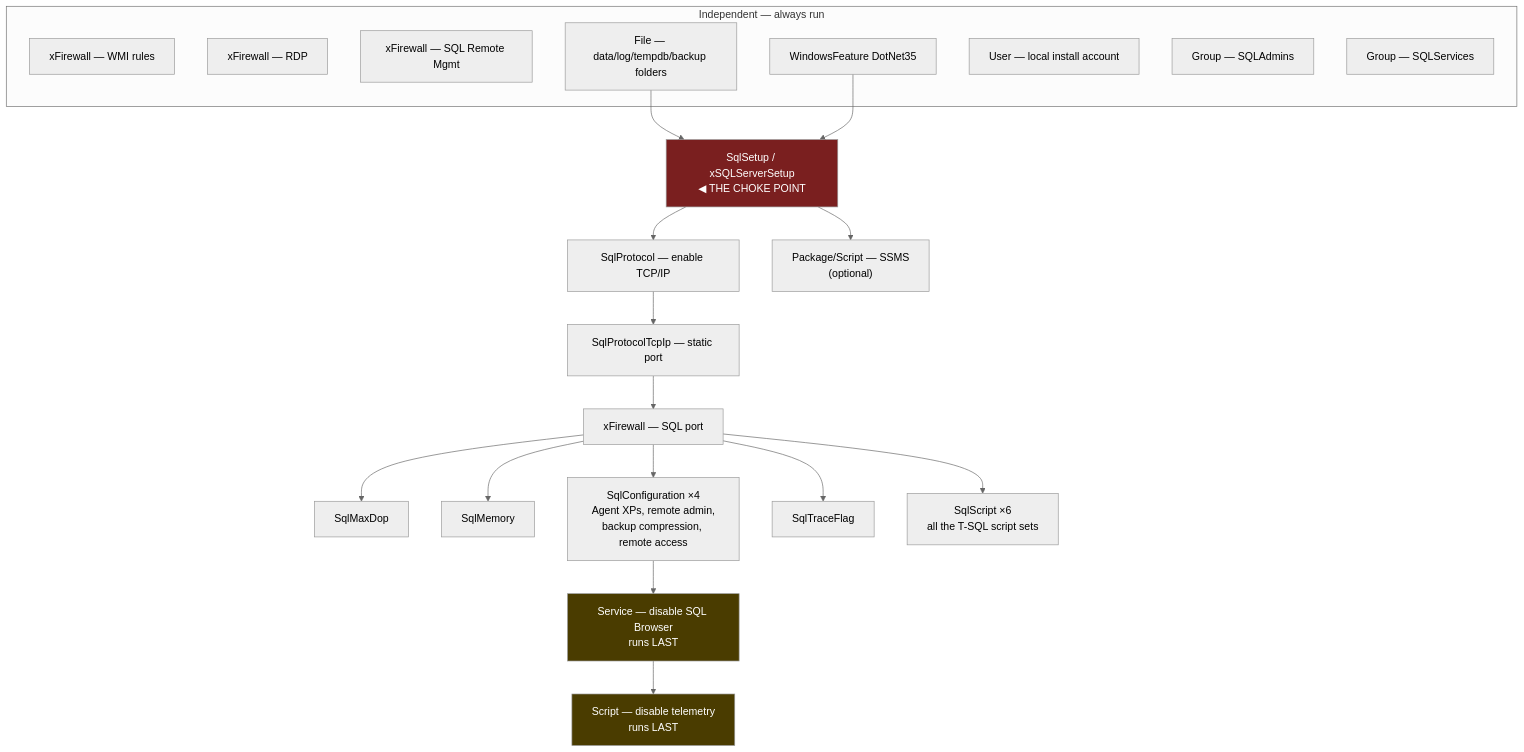
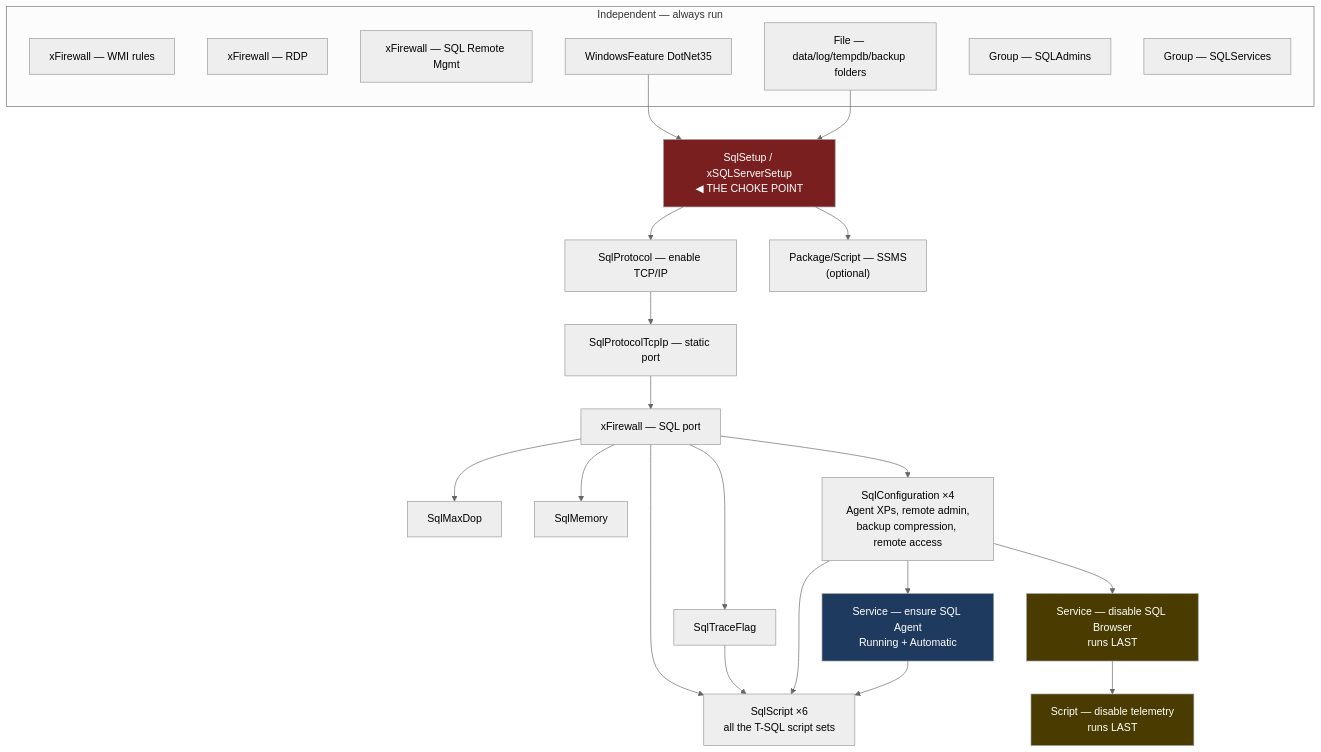
The fourth of 7 diagrams in SQLInstall/docs/INSTALLATION_FLOW.md (teramuhs-lab/random_repo), drawn with Mermaid (neutral theme) before and after one commit. The commit also changed other lines of this file and 2 other files, not shown here.

````diff
--- a/SQLInstall/docs/INSTALLATION_FLOW.md
+++ b/SQLInstall/docs/INSTALLATION_FLOW.md
@@ -138,37 +151,42 @@
 ```mermaid
 flowchart TD
     subgraph INDEP["Independent — always run"]
         F1["xFirewall — WMI rules"]
         F2["xFirewall — RDP"]
         F3["xFirewall — SQL Remote Mgmt"]
         DN["WindowsFeature DotNet35"]
         FLD["File — data/log/tempdb/backup folders"]
-        USR["User — local install account"]
         GRP1["Group — SQLAdmins"]
         GRP2["Group — SQLServices"]
     end
 
     SETUP["SqlSetup / xSQLServerSetup<br/>◀ THE CHOKE POINT"]
 
     FLD --> SETUP
     DN --> SETUP
 
     SETUP --> PROTO["SqlProtocol — enable TCP/IP"]
     PROTO --> PORT["SqlProtocolTcpIp — static port"]
     PORT --> FW["xFirewall — SQL port"]
 
     FW --> MAXDOP["SqlMaxDop"]
     FW --> MEM["SqlMemory"]
     FW --> CFG["SqlConfiguration ×4<br/>Agent XPs, remote admin,<br/>backup compression, remote access"]
     FW --> TF["SqlTraceFlag"]
-    FW --> TSQL["SqlScript ×6<br/>all the T-SQL script sets"]
+
+    CFG --> AGENT["Service — ensure SQL Agent<br/>Running + Automatic"]
+    AGENT --> TSQL["SqlScript ×6<br/>all the T-SQL script sets"]
+    CFG --> TSQL
+    TF --> TSQL
+    FW --> TSQL
 
     SETUP --> SSMS["Package/Script — SSMS<br/>(optional)"]
 
     CFG --> BROWSER["Service — disable SQL Browser<br/>runs LAST"]
     BROWSER --> TELEM["Script — disable telemetry<br/>runs LAST"]
 
     style SETUP fill:#7a1f1f,color:#fff
+    style AGENT fill:#1f3a5f,color:#fff
     style BROWSER fill:#4a3c00,color:#fff
     style TELEM fill:#4a3c00,color:#fff
 ```
````
